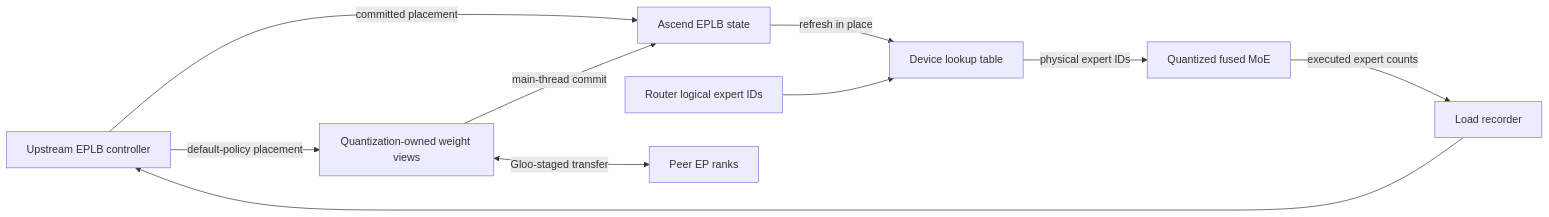
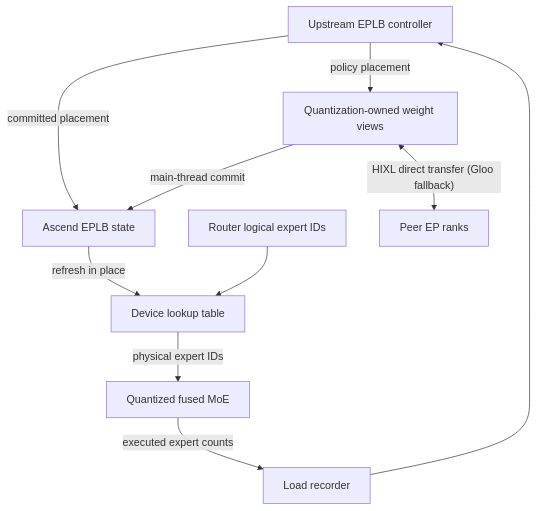
The diagram in docs/source/developer_guide/Design_Documents/model_runner_v2_eplb.md (wd1511/vllm-ascend-kimi), drawn with Mermaid before and after one commit. The commit also changed other lines of this file and 3064 other files, not shown here.

````diff
--- a/docs/source/developer_guide/Design_Documents/model_runner_v2_eplb.md
+++ b/docs/source/developer_guide/Design_Documents/model_runner_v2_eplb.md
@@ -32,12 +32,12 @@
 ```mermaid
-flowchart LR
+flowchart TD
     A["Upstream EPLB controller"] -->|"committed placement"| B["Ascend EPLB state"]
     B -->|"refresh in place"| C["Device lookup table"]
     D["Router logical expert IDs"] --> C
     C -->|"physical expert IDs"| E["Quantized fused MoE"]
     E -->|"executed expert counts"| F["Load recorder"]
     F --> A
-    A -->|"default-policy placement"| G["Quantization-owned weight views"]
-    G <-->|"Gloo-staged transfer"| H["Peer EP ranks"]
+    A -->|"policy placement"| G["Quantization-owned weight views"]
+    G <-->|"HIXL direct transfer (Gloo fallback)"| H["Peer EP ranks"]
     G -->|"main-thread commit"| B
 ```
````
